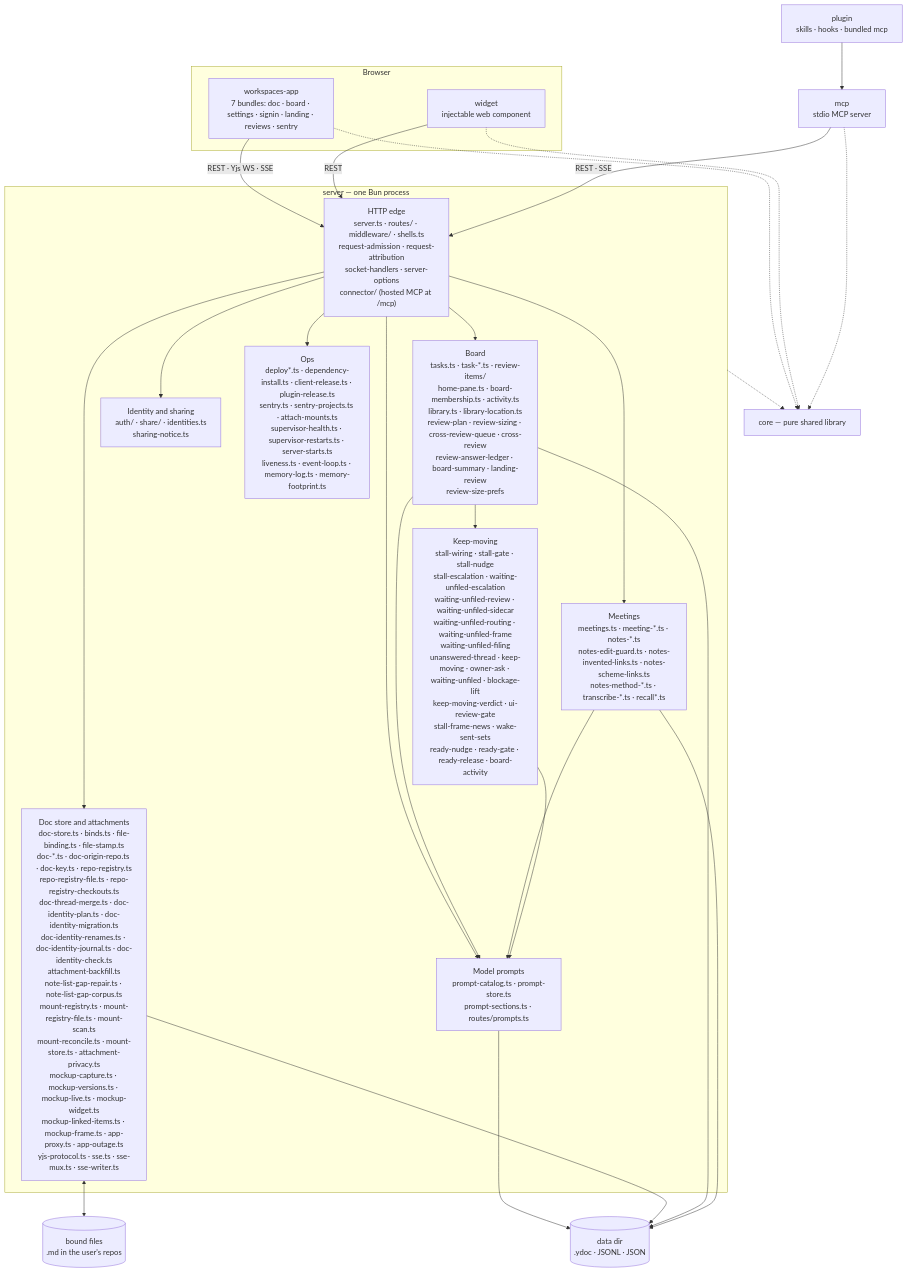
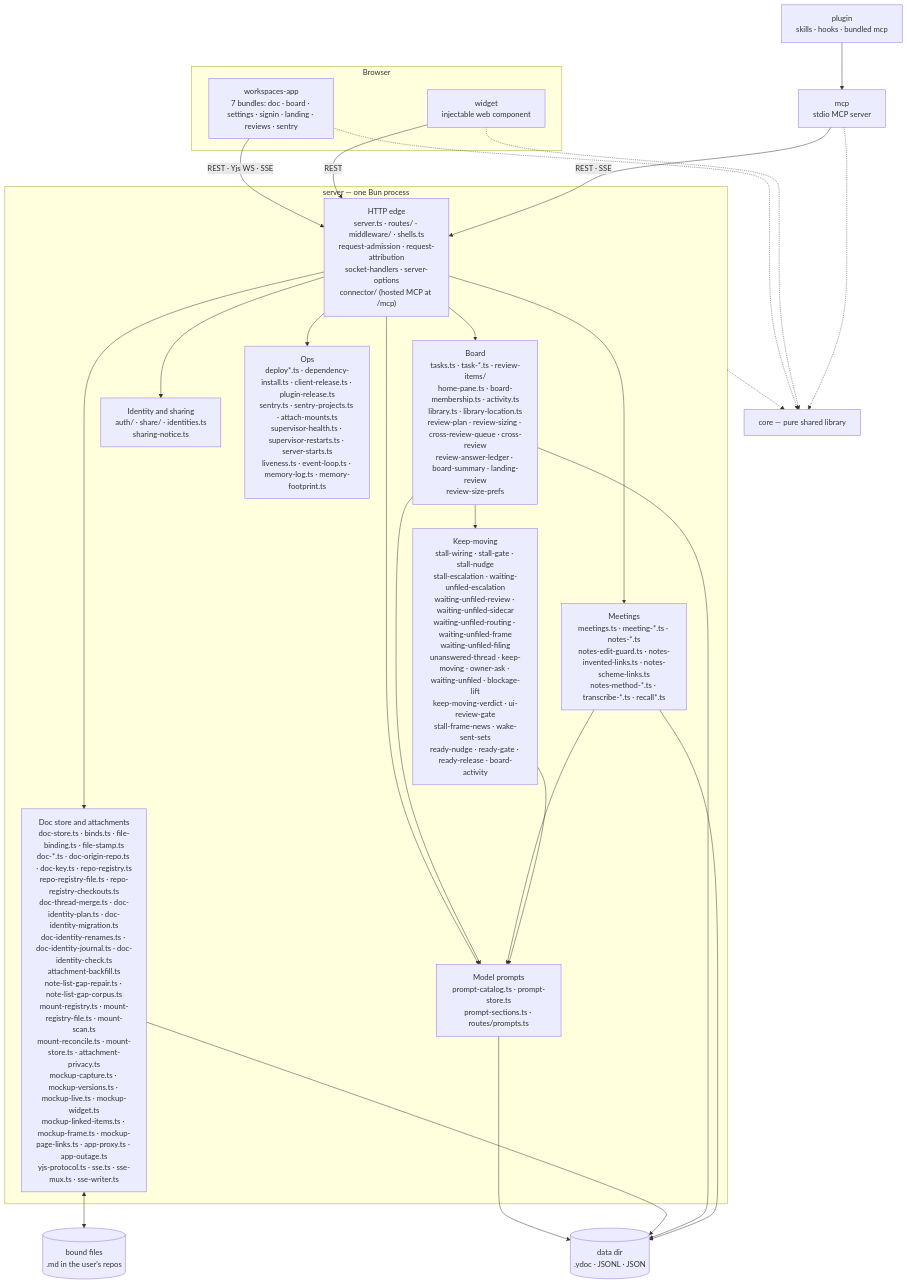
The first of 2 diagrams in docs/architecture/overview.md (fryanpan/claude-workspaces-plugin), drawn with Mermaid before and after one commit. The commit also changed other lines of this file and 5 other files, not shown here.

First line of the commit message:
attach_mockup and attach_app warn about links that leave their surface (#1145)

````diff
--- a/docs/architecture/overview.md
+++ b/docs/architecture/overview.md
@@ -45,35 +45,35 @@
 ```mermaid
 flowchart TB
   subgraph browser[Browser]
     app["workspaces-app<br/>7 bundles: doc · board · settings · signin · landing · reviews · sentry"]
     wid["widget<br/>injectable web component"]
   end
   plug["plugin<br/>skills · hooks · bundled mcp"]
   mcp["mcp<br/>stdio MCP server"]
   subgraph srv["server — one Bun process"]
     edge["HTTP edge<br/>server.ts · routes/ · middleware/ · shells.ts<br/>request-admission · request-attribution<br/>socket-handlers · server-options<br/>connector/ (hosted MCP at /mcp)"]
-    docs["Doc store and attachments<br/>doc-store.ts · binds.ts · file-binding.ts · file-stamp.ts<br/>doc-*.ts · doc-origin-repo.ts · doc-key.ts · repo-registry.ts<br/>repo-registry-file.ts · repo-registry-checkouts.ts<br/>doc-thread-merge.ts · doc-identity-plan.ts · doc-identity-migration.ts<br/>doc-identity-renames.ts · doc-identity-journal.ts · doc-identity-check.ts<br/>attachment-backfill.ts<br/>note-list-gap-repair.ts · note-list-gap-corpus.ts<br/>mount-registry.ts · mount-registry-file.ts · mount-scan.ts<br/>mount-reconcile.ts · mount-store.ts · attachment-privacy.ts<br/>mockup-capture.ts · mockup-versions.ts · mockup-live.ts · mockup-widget.ts<br/>mockup-linked-items.ts · mockup-frame.ts · app-proxy.ts · app-outage.ts<br/>yjs-protocol.ts · sse.ts · sse-mux.ts · sse-writer.ts"]
+    docs["Doc store and attachments<br/>doc-store.ts · binds.ts · file-binding.ts · file-stamp.ts<br/>doc-*.ts · doc-origin-repo.ts · doc-key.ts · repo-registry.ts<br/>repo-registry-file.ts · repo-registry-checkouts.ts<br/>doc-thread-merge.ts · doc-identity-plan.ts · doc-identity-migration.ts<br/>doc-identity-renames.ts · doc-identity-journal.ts · doc-identity-check.ts<br/>attachment-backfill.ts<br/>note-list-gap-repair.ts · note-list-gap-corpus.ts<br/>mount-registry.ts · mount-registry-file.ts · mount-scan.ts<br/>mount-reconcile.ts · mount-store.ts · attachment-privacy.ts<br/>mockup-capture.ts · mockup-versions.ts · mockup-live.ts · mockup-widget.ts<br/>mockup-linked-items.ts · mockup-frame.ts · mockup-page-links.ts · app-proxy.ts · app-outage.ts<br/>yjs-protocol.ts · sse.ts · sse-mux.ts · sse-writer.ts"]
     board["Board<br/>tasks.ts · task-*.ts · review-items/<br/>home-pane.ts · board-membership.ts · activity.ts<br/>library.ts · library-location.ts<br/>review-plan · review-sizing · cross-review-queue · cross-review<br/>review-answer-ledger · board-summary · landing-review<br/>review-size-prefs"]
     meet["Meetings<br/>meetings.ts · meeting-*.ts · notes-*.ts<br/>notes-edit-guard.ts · notes-invented-links.ts · notes-scheme-links.ts<br/>notes-method-*.ts · transcribe-*.ts · recall*.ts"]
     keep["Keep-moving<br/>stall-wiring · stall-gate · stall-nudge<br/>stall-escalation · waiting-unfiled-escalation<br/>waiting-unfiled-review · waiting-unfiled-sidecar<br/>waiting-unfiled-routing · waiting-unfiled-frame<br/>waiting-unfiled-filing<br/>unanswered-thread · keep-moving · owner-ask · waiting-unfiled · blockage-lift<br/>keep-moving-verdict · ui-review-gate<br/>stall-frame-news · wake-sent-sets<br/>ready-nudge · ready-gate · ready-release · board-activity"]
     ident["Identity and sharing<br/>auth/ · share/ · identities.ts<br/>sharing-notice.ts"]
     prompts["Model prompts<br/>prompt-catalog.ts · prompt-store.ts<br/>prompt-sections.ts · routes/prompts.ts"]
     ops["Ops<br/>deploy*.ts · dependency-install.ts · client-release.ts · plugin-release.ts<br/>sentry.ts · sentry-projects.ts · attach-mounts.ts<br/>supervisor-health.ts · supervisor-restarts.ts · server-starts.ts<br/>liveness.ts · event-loop.ts · memory-log.ts · memory-footprint.ts"]
   end
   core["core — pure shared library"]
   disk[("data dir<br/>.ydoc · JSONL · JSON")]
   files[("bound files<br/>.md in the user's repos")]
 
   app -->|"REST · Yjs WS · SSE"| edge
   wid -->|REST| edge
   plug --> mcp
   mcp -->|"REST · SSE"| edge
   edge --> docs & board & meet & ident & ops & prompts
   board & meet & keep --> prompts
   prompts --> disk
   board --> keep
   docs <--> files
   docs & board & meet --> disk
   app & wid & mcp -.-> core
   srv -.-> core
 ```
````
